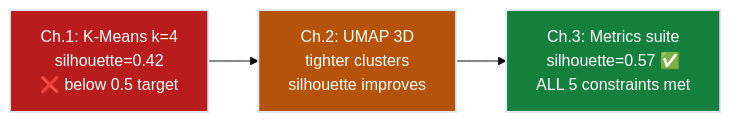
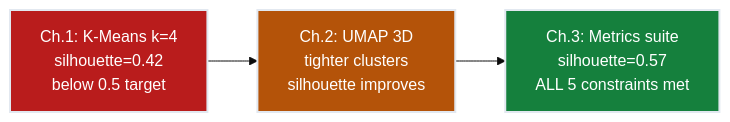
One commit to dsgouda7/ai-portfolio changed the first of 4 diagrams in notes/01-ml/07-unsupervised-learning/ch03_unsupervised_metrics/README.md. Above: the diagram before and after it, drawn with Mermaid (base theme). The commit also changed other lines of this file and 179 other files, not shown here.

````diff
--- a/notes/01-ml/07-unsupervised-learning/ch03_unsupervised_metrics/README.md
+++ b/notes/01-ml/07-unsupervised-learning/ch03_unsupervised_metrics/README.md
@@ -44,8 +44,8 @@
 ```mermaid
 flowchart LR
-    A["Ch.1: K-Means k=4\nsilhouette=0.42\n❌ below 0.5 target"] --> B["Ch.2: UMAP 3D\ntighter clusters\nsilhouette improves"]
-    B --> C["Ch.3: Metrics suite\nsilhouette=0.57 ✅\nALL 5 constraints met"]
-    style A fill:#b91c1c,stroke:#e2e8f0,stroke-width:2px,color:#fff
-    style B fill:#b45309,stroke:#e2e8f0,stroke-width:2px,color:#fff
-    style C fill:#15803d,stroke:#e2e8f0,stroke-width:2px,color:#fff
+ A["Ch.1: K-Means k=4\nsilhouette=0.42\n below 0.5 target"] --> B["Ch.2: UMAP 3D\ntighter clusters\nsilhouette improves"]
+ B --> C["Ch.3: Metrics suite\nsilhouette=0.57 \nALL 5 constraints met"]
+ style A fill:#b91c1c,stroke:#e2e8f0,stroke-width:2px,color:#fff
+ style B fill:#b45309,stroke:#e2e8f0,stroke-width:2px,color:#fff
+ style C fill:#15803d,stroke:#e2e8f0,stroke-width:2px,color:#fff
 ```
````
